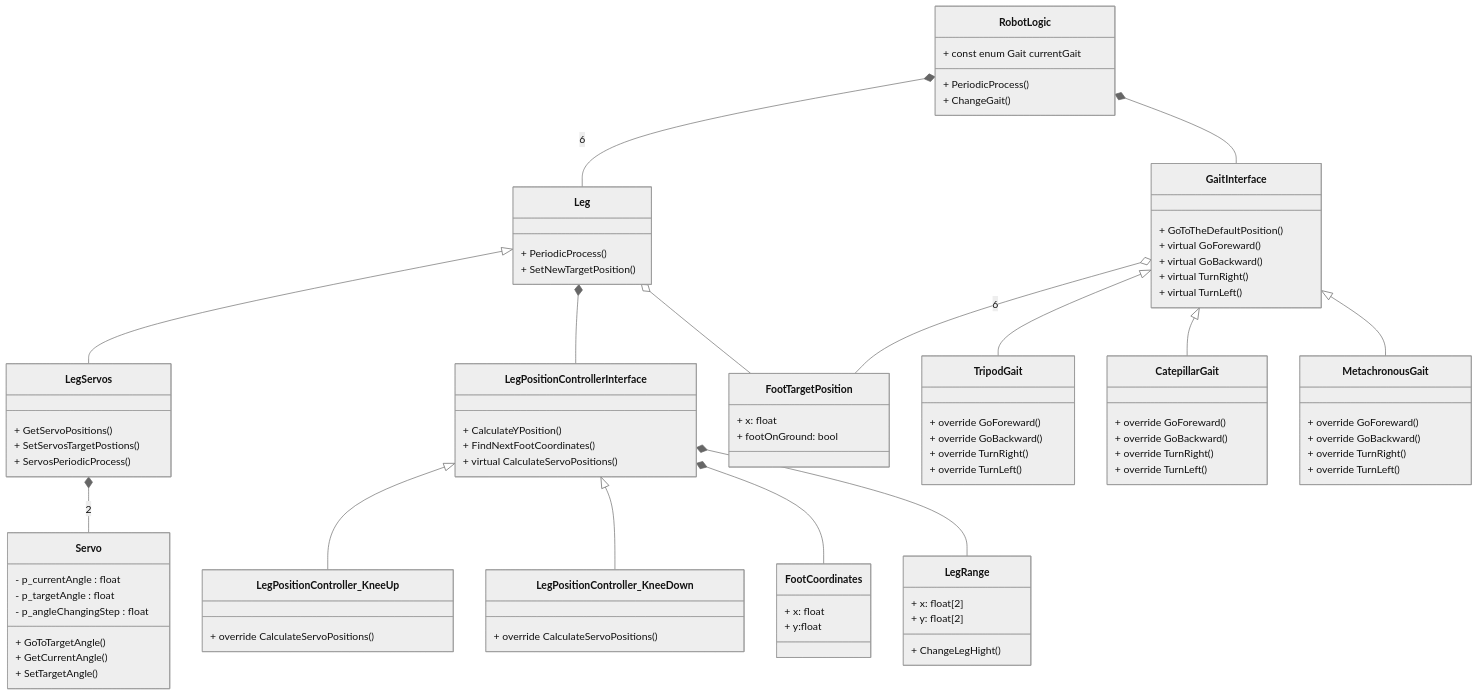
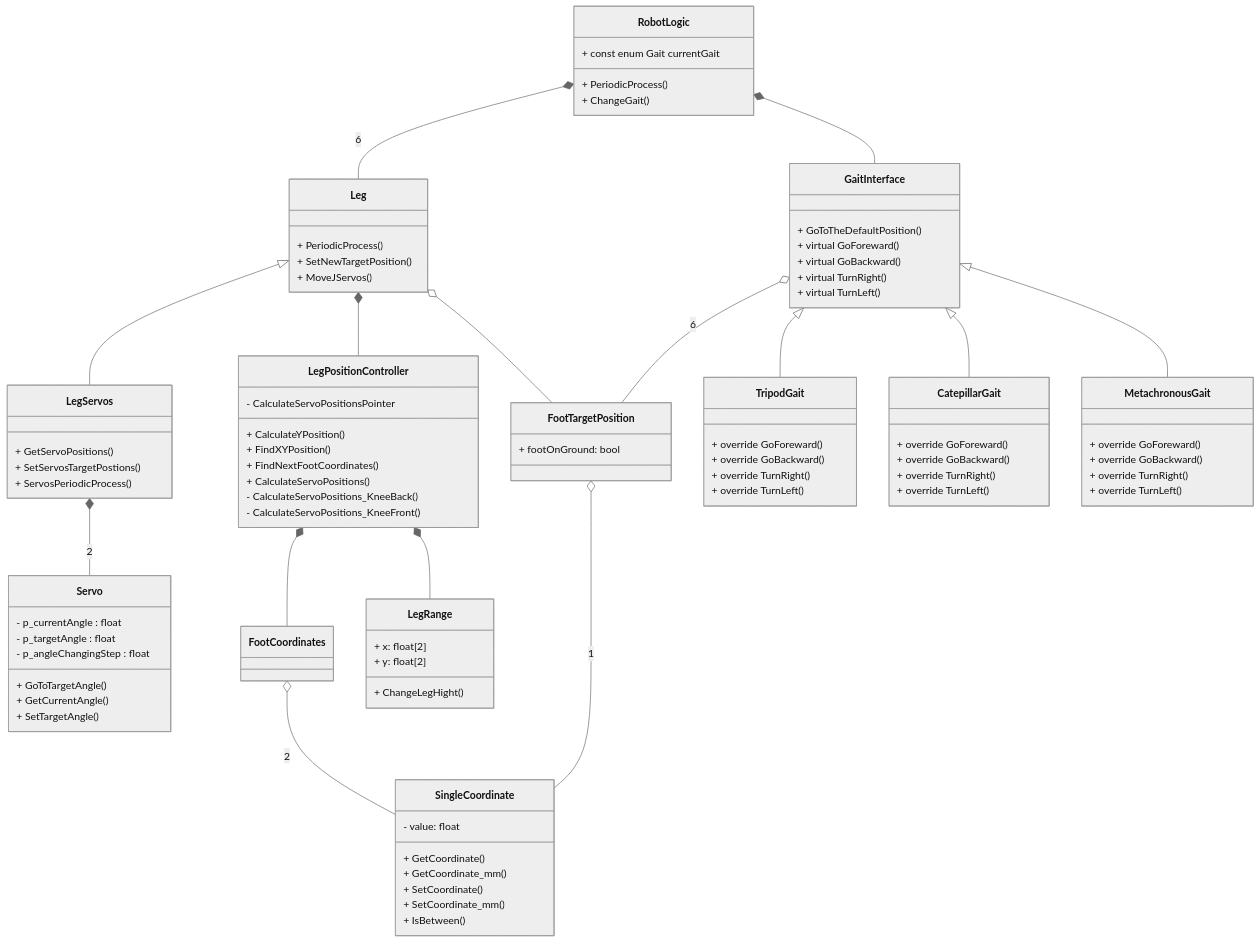
The first of 2 diagrams in README.md (putzio/Hexapod-2.0), drawn with Mermaid (neutral theme) before and after one commit. The commit also changed 22 other files, not shown here.

````diff
--- a/README.md
+++ b/README.md
@@ -6,15 +6,15 @@
 ```mermaid
 classDiagram
-    %%Logic classes relations:    
+    %%Logic classes relations:     
     LegServos *-- Servo:2 
-    
-    LegPositionControllerInterface <|-- LegPositionController_KneeUp
-    LegPositionControllerInterface <|-- LegPositionController_KneeDown
-    LegPositionControllerInterface *-- FootCoordinates
-    LegPositionControllerInterface *-- LegRange
-    
+    FootCoordinates o-- SingleCoordinate:2
+    FootTargetPosition o-- SingleCoordinate:1
+
+    LegPositionController *-- FootCoordinates
+    LegPositionController *-- LegRange
+
     Leg <|-- LegServos
-    Leg *-- LegPositionControllerInterface
+    Leg *-- LegPositionController
     Leg o-- FootTargetPosition
     
     GaitInterface <|-- TripodGait
@@ -42,21 +42,24 @@
         + ServosPeriodicProcess()
     }
 
-    class LegPositionControllerInterface{
+    class LegPositionController{
         + CalculateYPosition()
+        + FindXYPosition()
         + FindNextFootCoordinates()
-        + virtual CalculateServoPositions()
+        + CalculateServoPositions()
+        - CalculateServoPositions_KneeBack()
+        - CalculateServoPositions_KneeFront()
+        - CalculateServoPositionsPointer
     }
-    class LegPositionController_KneeDown{
-        + override CalculateServoPositions()
+    class SingleCoordinate{
+        - value: float
+        + GetCoordinate()
+        + GetCoordinate_mm()
+        + SetCoordinate()
+        + SetCoordinate_mm()
+        + IsBetween()
     }
-    class LegPositionController_KneeUp{
-        + override CalculateServoPositions()
-    }
-
     class FootCoordinates{
-        + x: float
-        + y:float
     }
     class LegRange{
         + x: float[2]
@@ -66,7 +69,6 @@
     }
 
     class FootTargetPosition{
-        + x: float
         + footOnGround: bool
     }
 
@@ -74,6 +76,7 @@
 
         + PeriodicProcess()
         + SetNewTargetPosition()
+        + MoveJServos()
     }
 
     class GaitInterface{
````
